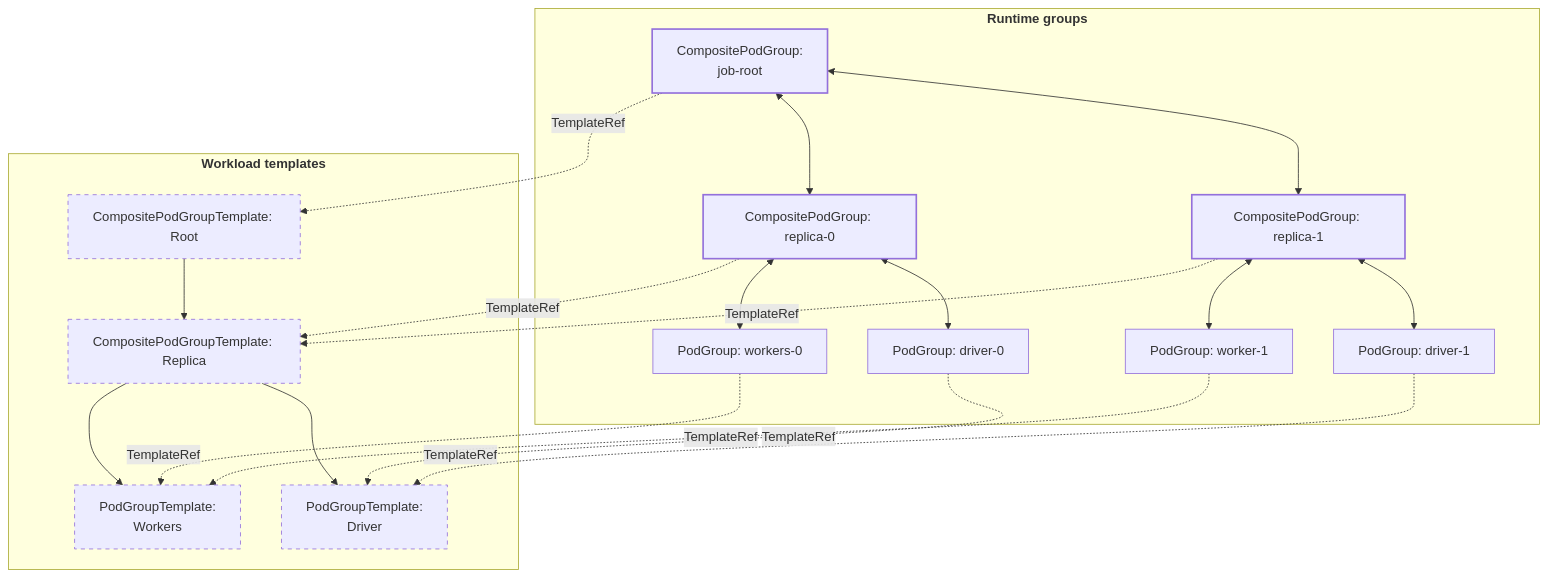
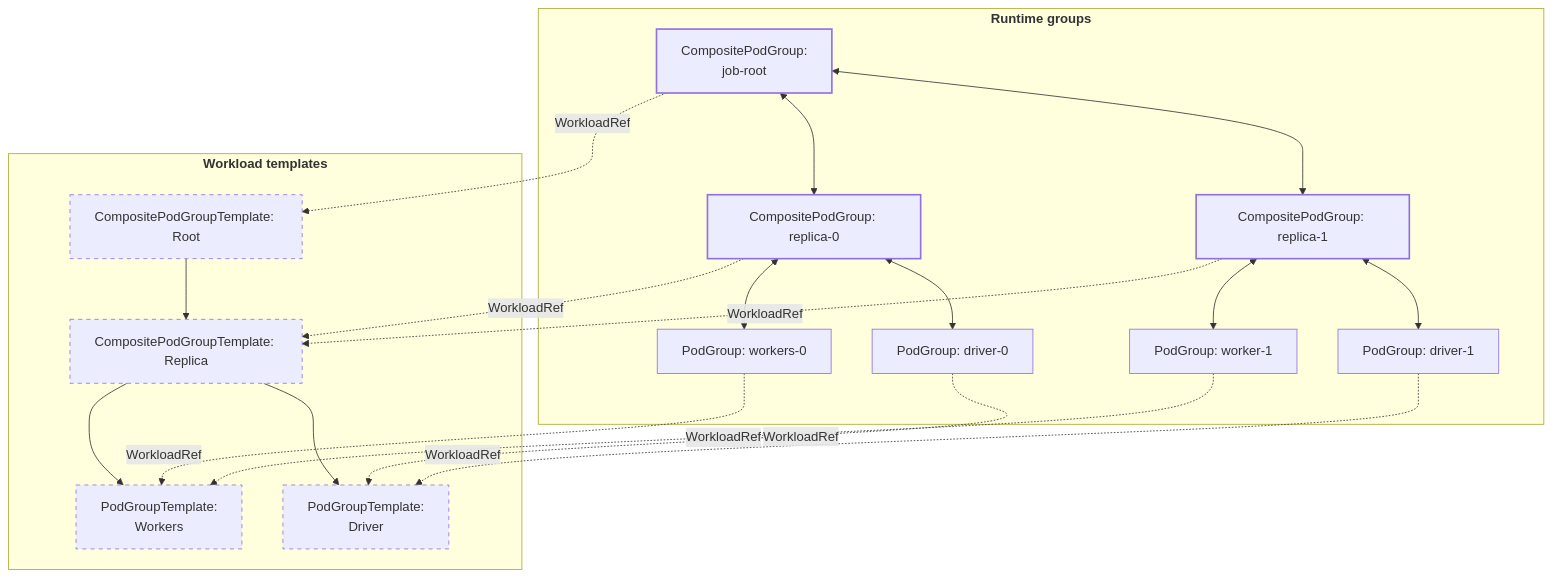
One commit to kubernetes/enhancements changed the diagram in keps/sig-scheduling/6012-composite-podgroup-api/README.md. Above: the diagram before and after it, drawn with Mermaid. The commit also changed other lines of this file, not shown here.

````diff
--- a/keps/sig-scheduling/6012-composite-podgroup-api/README.md
+++ b/keps/sig-scheduling/6012-composite-podgroup-api/README.md
@@ -306,57 +311,57 @@
 ```mermaid
 flowchart TD
     subgraph Instances ["<b>Runtime groups</b>"]
         RootCPG["CompositePodGroup:<br/>job-root"]
 
         subgraph Branch1 [" "]
             ChildCPG1["CompositePodGroup: replica-0"]
             PG1["PodGroup: workers-0"]
             PG2["PodGroup: driver-0"]
             ChildCPG1 <--> PG1
             ChildCPG1 <--> PG2
         end
 
         subgraph Branch2 [" "]
             ChildCPG2["CompositePodGroup: replica-1"]
             PG3["PodGroup: worker-1"]
             PG4["PodGroup: driver-1"]
             ChildCPG2 <--> PG3
             ChildCPG2 <--> PG4
         end
 
         RootCPG <--> ChildCPG1
         RootCPG <--> ChildCPG2
     end
 
     subgraph Templates ["<b>Workload templates</b>"]
         RootCPGT["CompositePodGroupTemplate: Root"]
         ChildCPGT["CompositePodGroupTemplate: Replica"]
         PGT1["PodGroupTemplate:</br>Workers"]
         PGT2["PodGroupTemplate:</br>Driver"]
 
         RootCPGT --> ChildCPGT
         ChildCPGT --> PGT1
         ChildCPGT --> PGT2
     end
 
-    RootCPG -. "TemplateRef" .-> RootCPGT
+    RootCPG -. "WorkloadRef" .-> RootCPGT
 
-    ChildCPG1 -. "TemplateRef" .-> ChildCPGT
-    ChildCPG2 -. "TemplateRef" .-> ChildCPGT
+    ChildCPG1 -. "WorkloadRef" .-> ChildCPGT
+    ChildCPG2 -. "WorkloadRef" .-> ChildCPGT
 
-    PG1 -. "TemplateRef" .-> PGT1
-    PG2 -. "TemplateRef" .-> PGT2
-    PG3 -. "TemplateRef" .-> PGT1
-    PG4 -. "TemplateRef" .-> PGT2
+    PG1 -. "WorkloadRef" .-> PGT1
+    PG2 -. "WorkloadRef" .-> PGT2
+    PG3 -. "WorkloadRef" .-> PGT1
+    PG4 -. "WorkloadRef" .-> PGT2
 
     classDef composite stroke-width:2px;
     classDef podgroup stroke-width:1px;
     classDef template stroke-width:1px,stroke-dasharray: 5 5;
     
     classDef hiddenBranch fill:none,stroke:none;
 
     class RootCPG,ChildCPG1,ChildCPG2 composite;
     class PG1,PG2,PG3,PG4 podgroup;
     class RootCPGT,ChildCPGT,PGT1,PGT2 template;
     class Branch1,Branch2 hiddenBranch;
 ```
````
